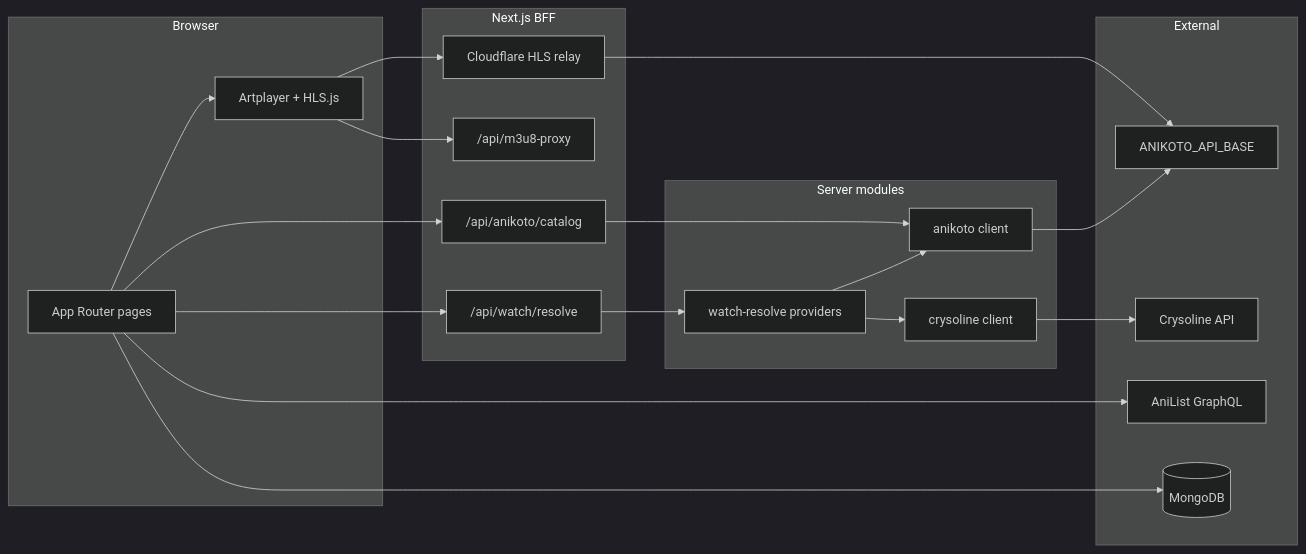
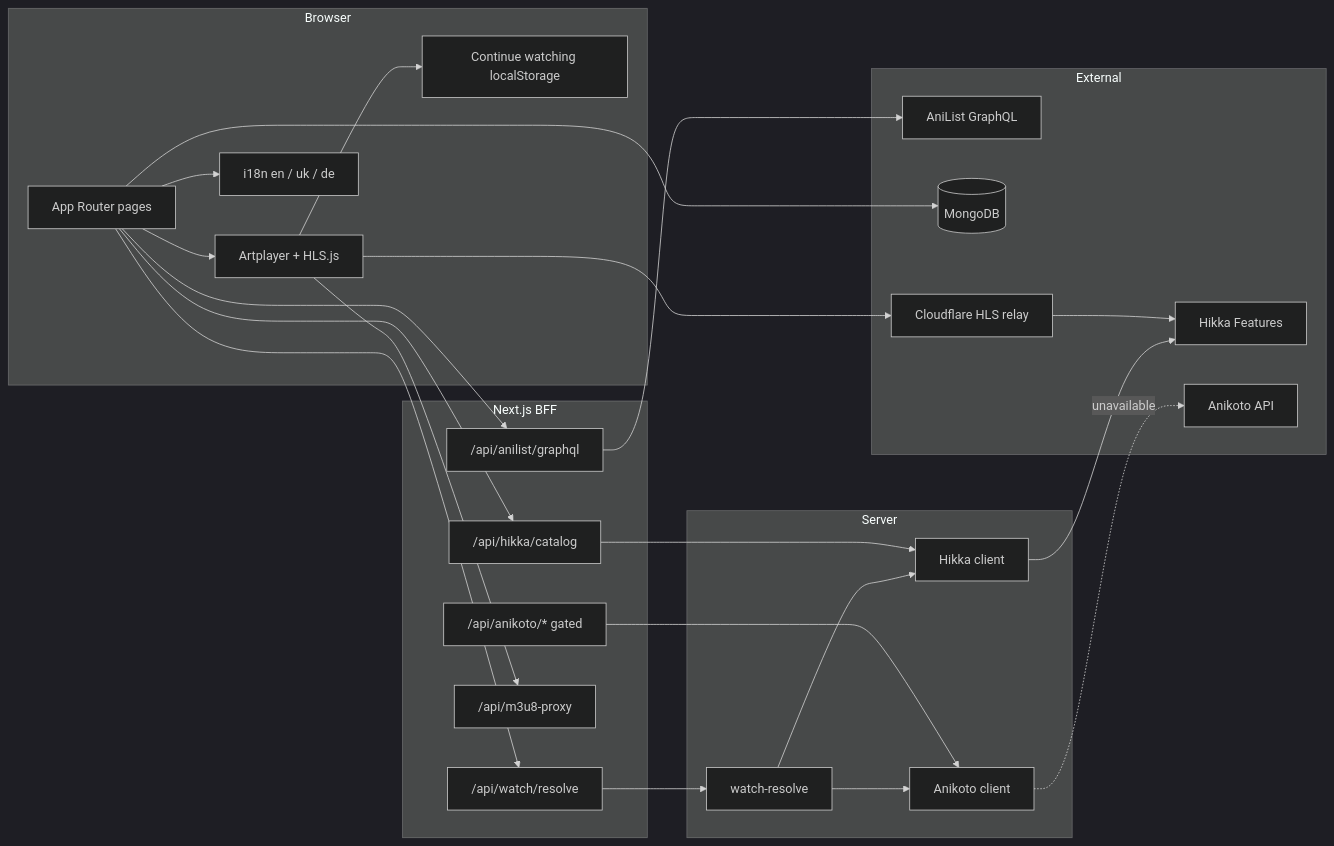
One commit to Pashahu1/OtakuFusion changed the second of 2 diagrams in README.md. Above: the diagram before and after it, drawn with Mermaid (dark theme). The commit also changed other lines of this file and 408 other files, not shown here.

````diff
--- a/README.md
+++ b/README.md
@@ -120,42 +151,50 @@
 ```mermaid
 flowchart LR
   subgraph client [Browser]
     Pages[App Router pages]
     Player[Artplayer + HLS.js]
+    I18n[i18n en / uk / de]
+    CW[Continue watching localStorage]
     Pages --> Player
+    Pages --> I18n
+    Player --> CW
   end
 
   subgraph bff [Next.js BFF]
-    AnikotoCatalog["/api/anikoto/catalog"]
     Resolve["/api/watch/resolve"]
+    HikkaCatalog["/api/hikka/catalog"]
+    AnikotoBFF["/api/anikoto/* gated"]
     Proxy["/api/m3u8-proxy"]
-    Relay["Cloudflare HLS relay"]
+    AniListAPI["/api/anilist/graphql"]
   end
 
-  subgraph server [Server modules]
-    WR[watch-resolve providers]
-    AnikotoClient[anikoto client]
-    Cryo[crysoline client]
+  subgraph server [Server]
+    WR[watch-resolve]
+    HikkaClient[Hikka client]
+    AnikotoClient[Anikoto client]
+    WR --> HikkaClient
     WR --> AnikotoClient
-    WR --> Cryo
   end
 
   subgraph external [External]
-    AnikotoAPI[ANIKOTO_API_BASE]
-    Crysoline[Crysoline API]
+    HikkaAPI[Hikka Features]
+    AnikotoAPI[Anikoto API]
     AniList[AniList GraphQL]
     DB[(MongoDB)]
+    Relay[Cloudflare HLS relay]
   end
 
-  Pages --> AnikotoCatalog
   Pages --> Resolve
+  Pages --> HikkaCatalog
+  Pages --> AniListAPI
+  Player --> Proxy
   Player --> Relay
-  Player --> Proxy
-  AnikotoCatalog --> AnikotoClient
   Resolve --> WR
-  AnikotoClient --> AnikotoAPI
-  Cryo --> Crysoline
-  Relay --> AnikotoAPI
-  Pages --> AniList
+  HikkaCatalog --> HikkaClient
+  AnikotoBFF --> AnikotoClient
+  HikkaClient --> HikkaAPI
+  AnikotoClient -.->|unavailable| AnikotoAPI
+  Relay --> HikkaAPI
   Pages --> DB
+  AniListAPI --> AniList
 ```
````
